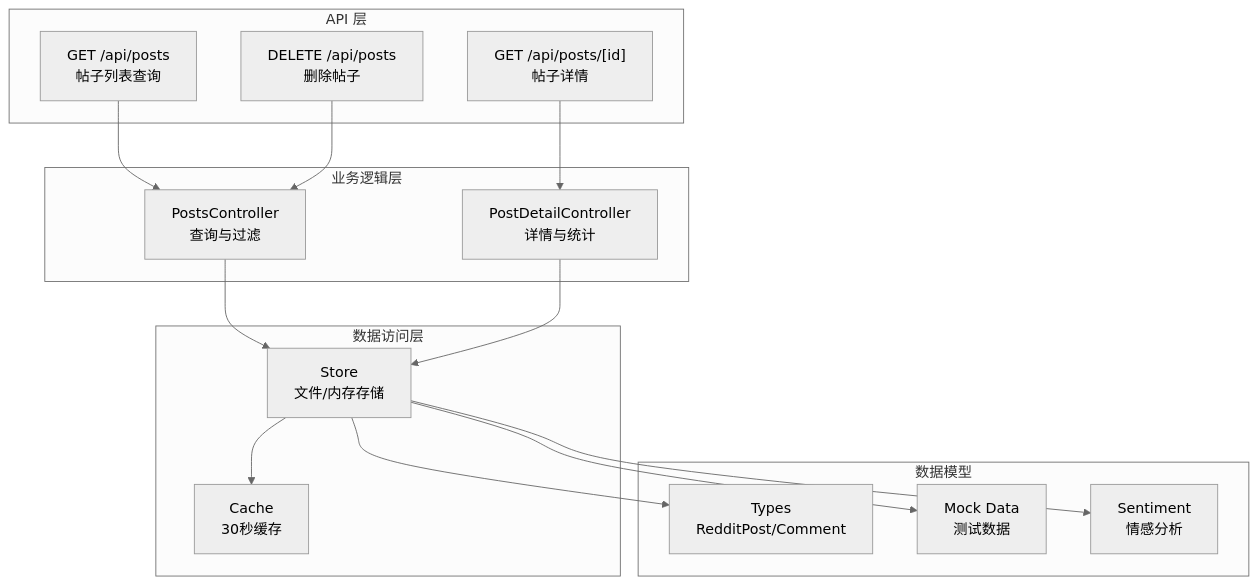
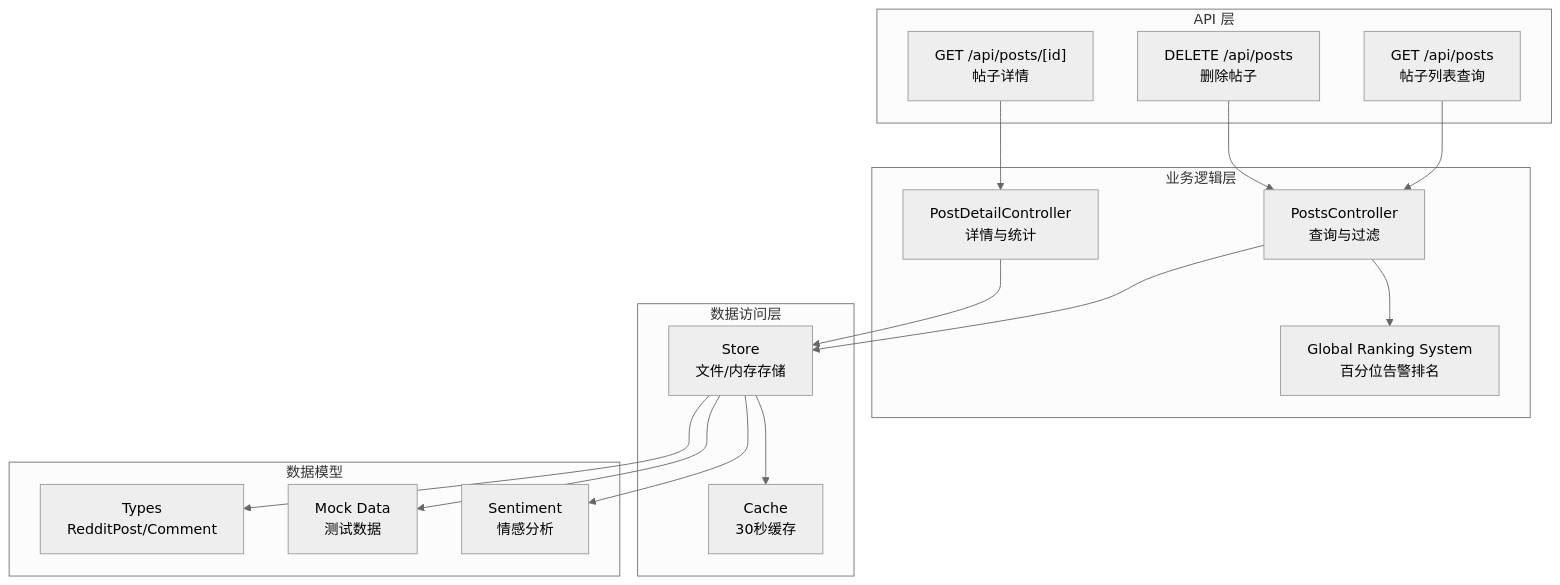
One commit to zezzezzez/reddit changed the first of 5 diagrams in .qoder/repowiki/zh/content/API 接口文档/帖子管理 API.md. Above: the diagram before and after it, drawn with Mermaid (neutral theme). The commit also changed other lines of this file and 21 other files, not shown here.

````diff
--- a/.qoder/repowiki/zh/content/API 接口文档/帖子管理 API.md
+++ b/.qoder/repowiki/zh/content/API 接口文档/帖子管理 API.md
@@ -49,30 +52,32 @@
 ```mermaid
 graph TB
 subgraph "API 层"
 PostsList["GET /api/posts<br/>帖子列表查询"]
 PostsDelete["DELETE /api/posts<br/>删除帖子"]
 PostDetail["GET /api/posts/[id]<br/>帖子详情"]
 end
 subgraph "业务逻辑层"
 PostsController["PostsController<br/>查询与过滤"]
 PostDetailController["PostDetailController<br/>详情与统计"]
+GlobalRanking["Global Ranking System<br/>百分位告警排名"]
 end
 subgraph "数据访问层"
 Store["Store<br/>文件/内存存储"]
 Cache["Cache<br/>30秒缓存"]
 end
 subgraph "数据模型"
 Types["Types<br/>RedditPost/Comment"]
 Mock["Mock Data<br/>测试数据"]
 Sentiment["Sentiment<br/>情感分析"]
 end
 PostsList --> PostsController
 PostsDelete --> PostsController
 PostDetail --> PostDetailController
+PostsController --> GlobalRanking
 PostsController --> Store
 PostDetailController --> Store
 Store --> Cache
 Store --> Types
 Store --> Mock
 Store --> Sentiment
 ```
````
